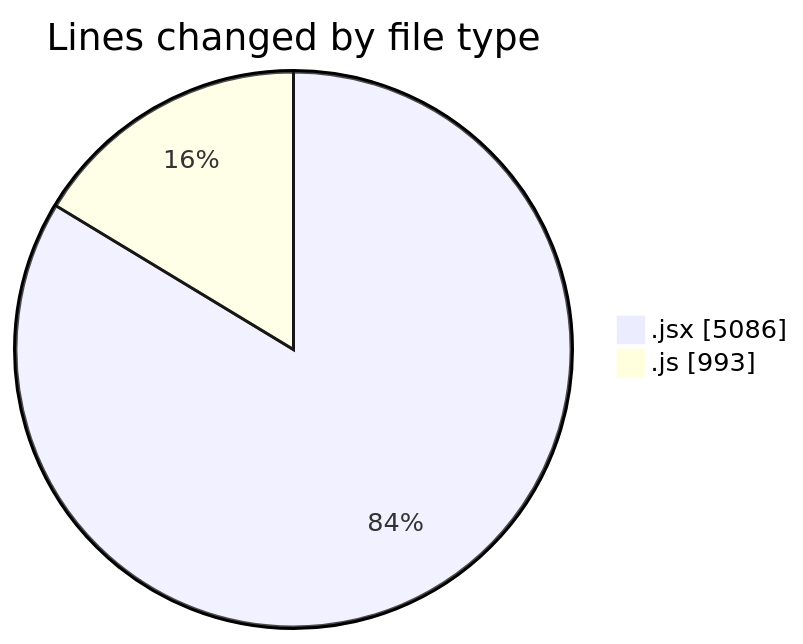
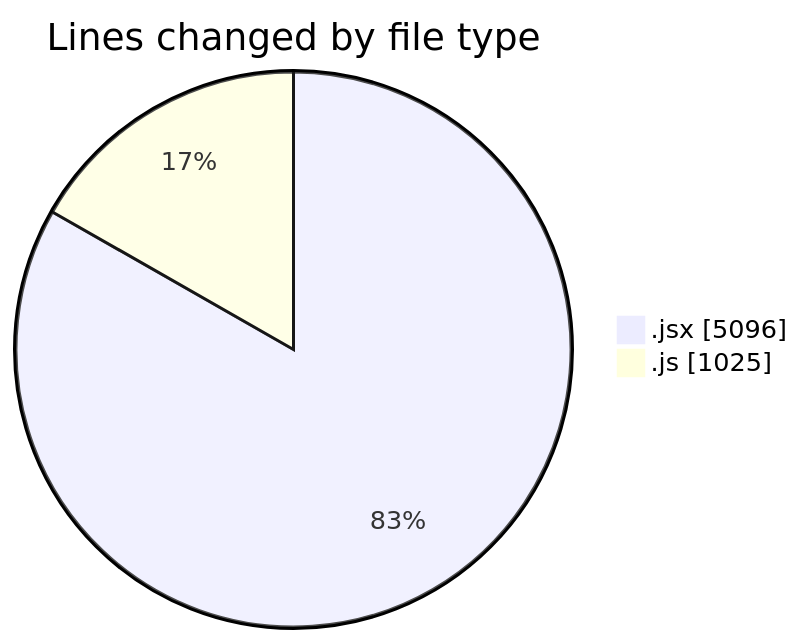
One commit to nxtqubesakshisongat/code-tracking changed the first of 2 diagrams in 2025-07-21/nxtqube_webapp/README.md. Above: the diagram before and after it, drawn with Mermaid. The commit also changed other lines of this file and 1 other file, not shown here.

````diff
--- a/2025-07-21/nxtqube_webapp/README.md
+++ b/2025-07-21/nxtqube_webapp/README.md
@@ -28,6 +29,6 @@
 ```mermaid
 pie showData
 title Lines changed by file type
-".jsx" : 5086
-".js" : 993
+".jsx" : 5096
+".js" : 1025
 ```
````
